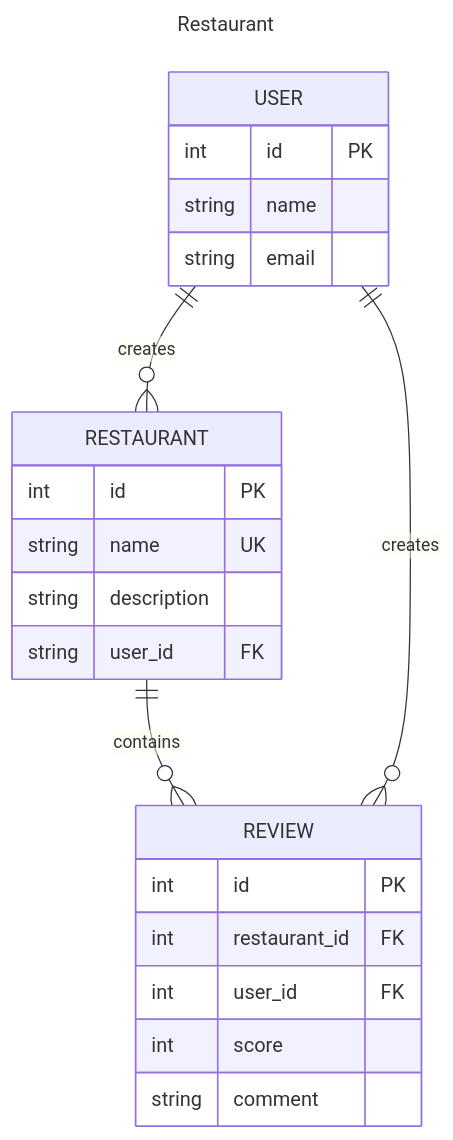
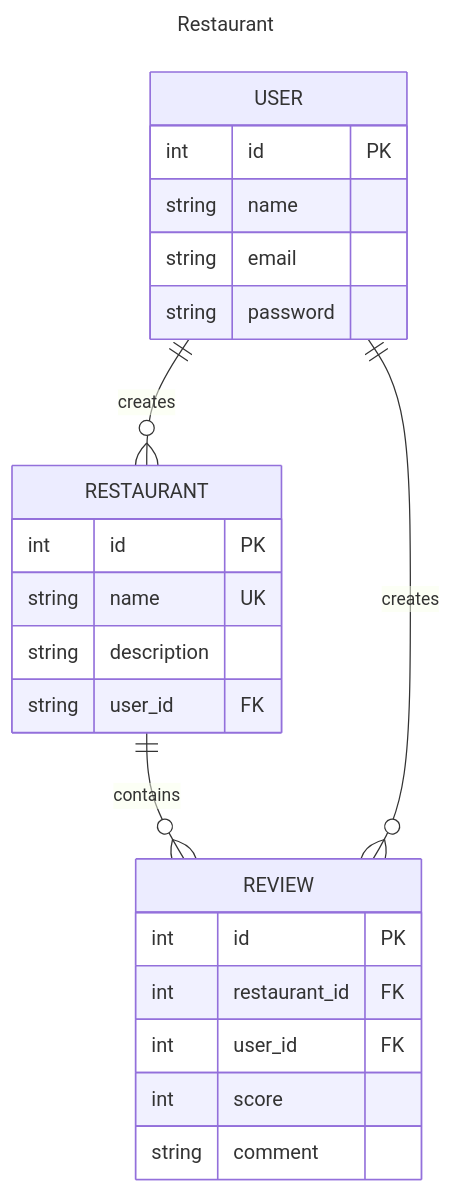
One commit to chuntangwang/django-demo changed the diagram in docs/restaurant.md. Above: the diagram before and after it, drawn with Mermaid. The commit also changed other lines of this file and 7 other files, not shown here.

````diff
--- a/docs/restaurant.md
+++ b/docs/restaurant.md
@@ -41,27 +41,28 @@
 ```mermaid
 ---
 title: Restaurant
 ---
 erDiagram
     RESTAURANT {
         int id PK
         string name UK
         string description
         string user_id FK
     }
     REVIEW {
         int id PK
         int restaurant_id FK
         int user_id FK
         int score
         string comment
     }
     USER {
         int id PK
         string name
         string email
+        string password
     }
     RESTAURANT ||--o{ REVIEW: "contains"
     USER ||--o{ RESTAURANT: "creates"
     USER ||--o{ REVIEW: "creates"
 ```
````
